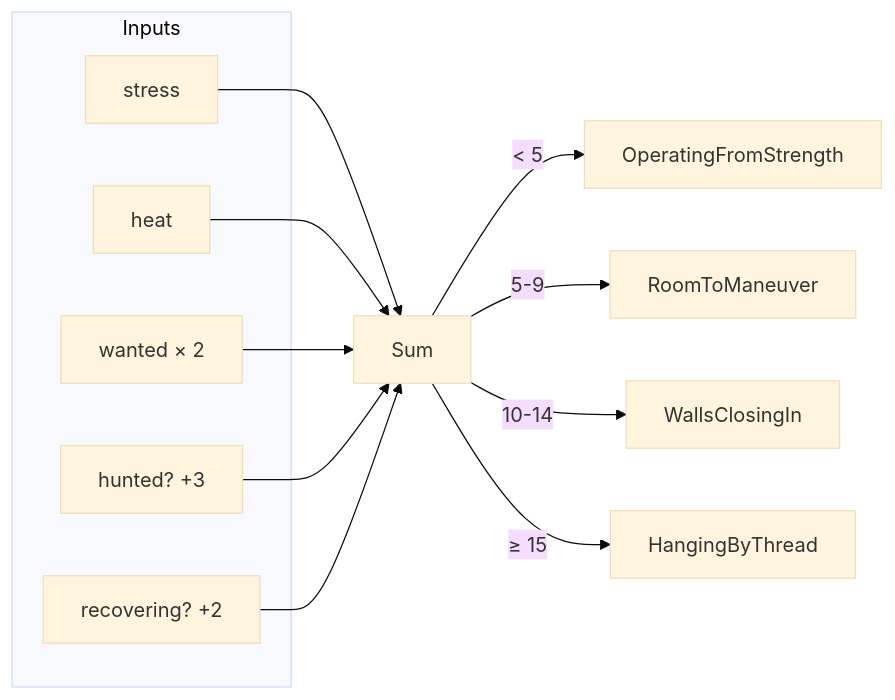
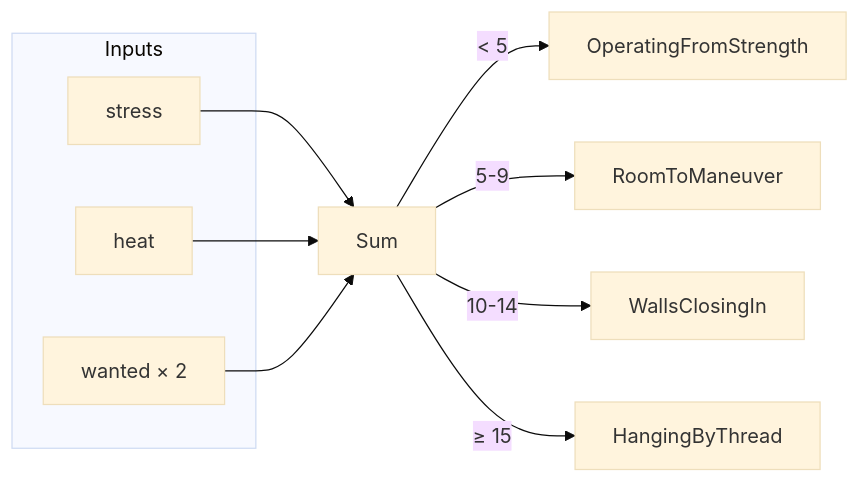
The second of 7 diagrams in src/DM/diagrams/context-pipeline.md (tidepool-heavy-industries/exomonad), drawn with Mermaid (base theme) before and after one commit. The commit also changed other lines of this file and 15 other files, not shown here.

First line of the commit message:
Simplify clock consequences to narrative text

````diff
--- a/src/DM/diagrams/context-pipeline.md
+++ b/src/DM/diagrams/context-pipeline.md
@@ -60,21 +60,17 @@
 ```mermaid
 flowchart LR
     subgraph Inputs
         S[stress]
         H[heat]
         W[wanted × 2]
-        HU["hunted? +3"]
-        RC["recovering? +2"]
     end
 
     S --> SUM[Sum]
     H --> SUM
     W --> SUM
-    HU --> SUM
-    RC --> SUM
 
     SUM --> |"< 5"| OS[OperatingFromStrength]
     SUM --> |"5-9"| RM[RoomToManeuver]
     SUM --> |"10-14"| WC[WallsClosingIn]
     SUM --> |"≥ 15"| HBT[HangingByThread]
 ```
````
